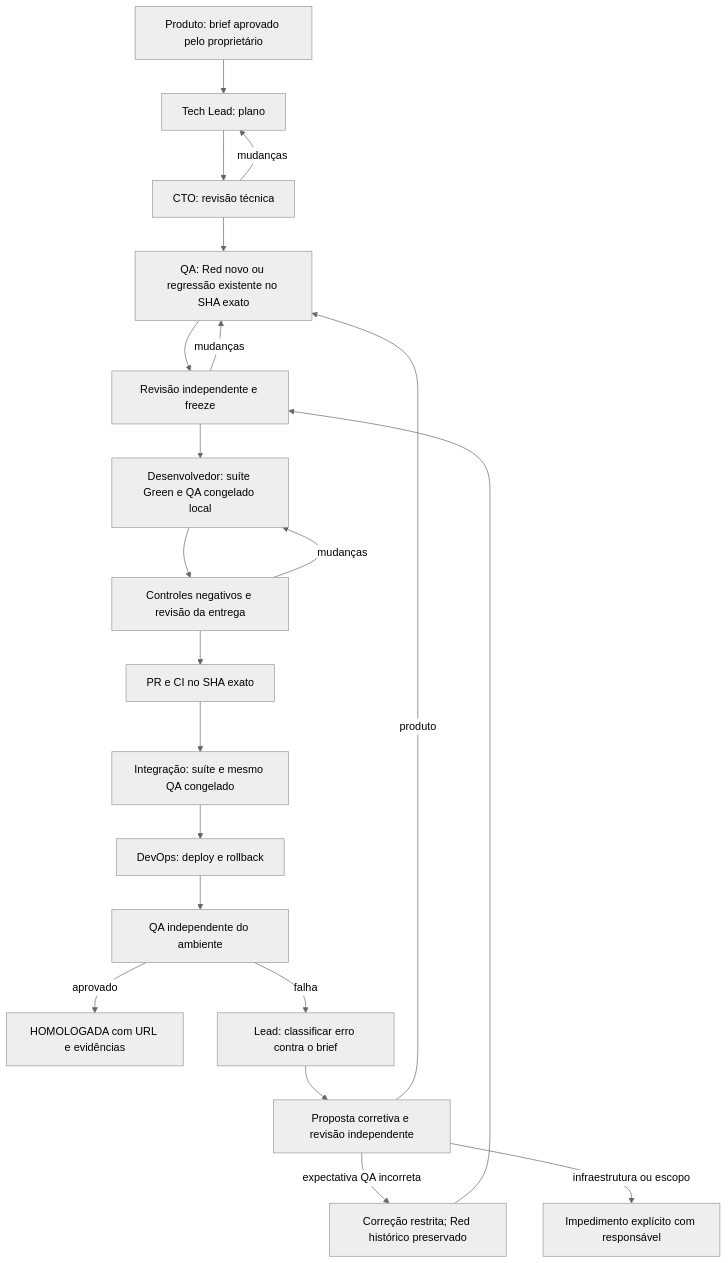
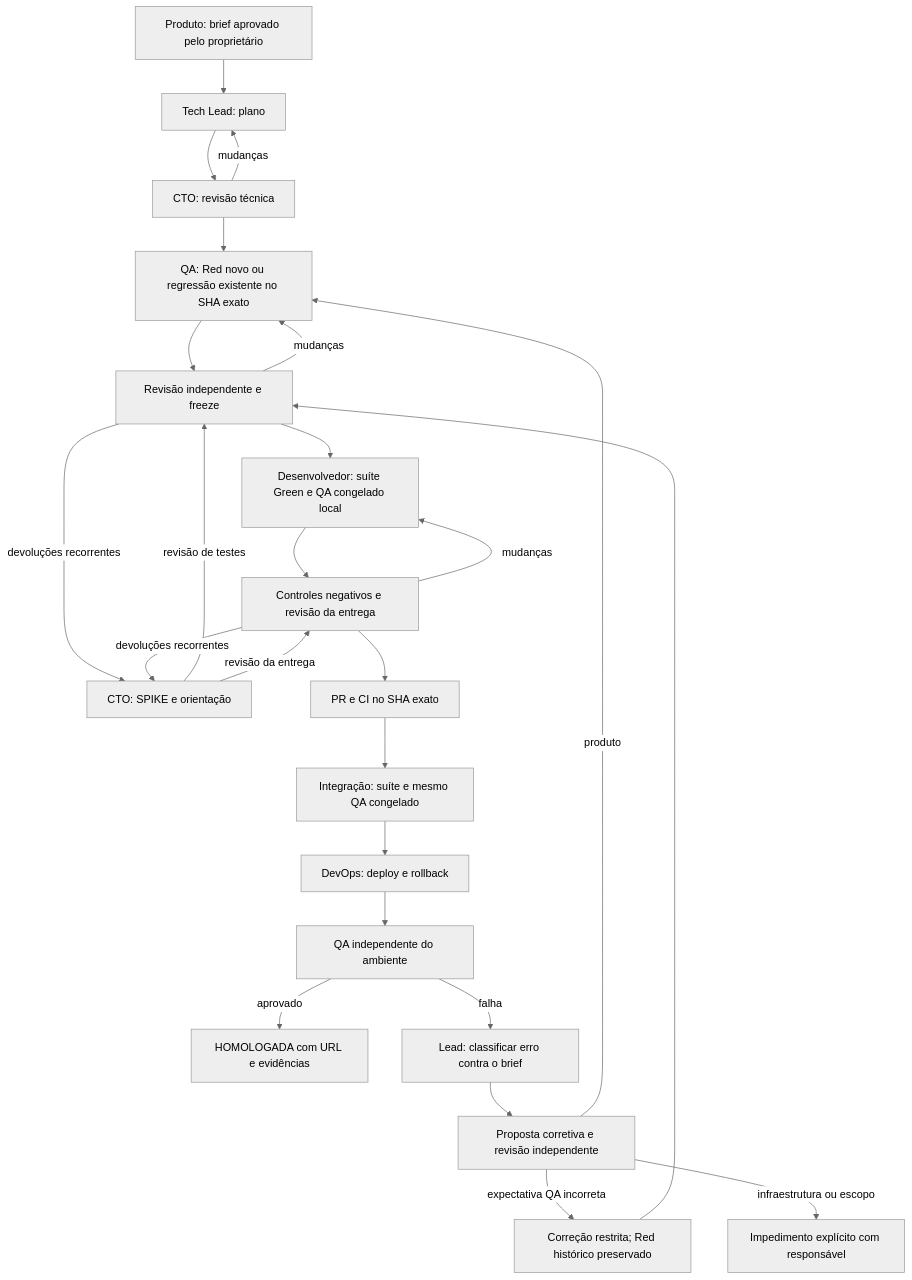
Before and after one commit to codifydeep/fabriquinha: the second of 2 diagrams in README.md, drawn with Mermaid (neutral theme). The commit also changed 7 other files, not shown here.

````diff
--- a/README.md
+++ b/README.md
@@ -77,23 +77,27 @@
 ```mermaid
 flowchart TD
     B[Produto: brief aprovado pelo proprietário] --> P[Tech Lead: plano]
     P --> C[CTO: revisão técnica]
     C -->|mudanças| P
     C --> T[QA: Red novo ou regressão existente no SHA exato]
     T --> F[Revisão independente e freeze]
     F -->|mudanças| T
     F --> I[Desenvolvedor: suíte Green e QA congelado local]
     I --> N[Controles negativos e revisão da entrega]
     N -->|mudanças| I
+    F -->|devoluções recorrentes| ER[CTO: SPIKE e orientação]
+    N -->|devoluções recorrentes| ER
+    ER -->|revisão de testes| F
+    ER -->|revisão da entrega| N
     N --> PR[PR e CI no SHA exato]
     PR --> M[Integração: suíte e mesmo QA congelado]
     M --> D[DevOps: deploy e rollback]
     D --> Q[QA independente do ambiente]
     Q -->|aprovado| H[HOMOLOGADA com URL e evidências]
     Q -->|falha| X[Lead: classificar erro contra o brief]
     X --> R[Proposta corretiva e revisão independente]
     R -->|produto| T
     R -->|expectativa QA incorreta| RT[Correção restrita; Red histórico preservado]
     RT --> F
     R -->|infraestrutura ou escopo| E[Impedimento explícito com responsável]
 ```
````
